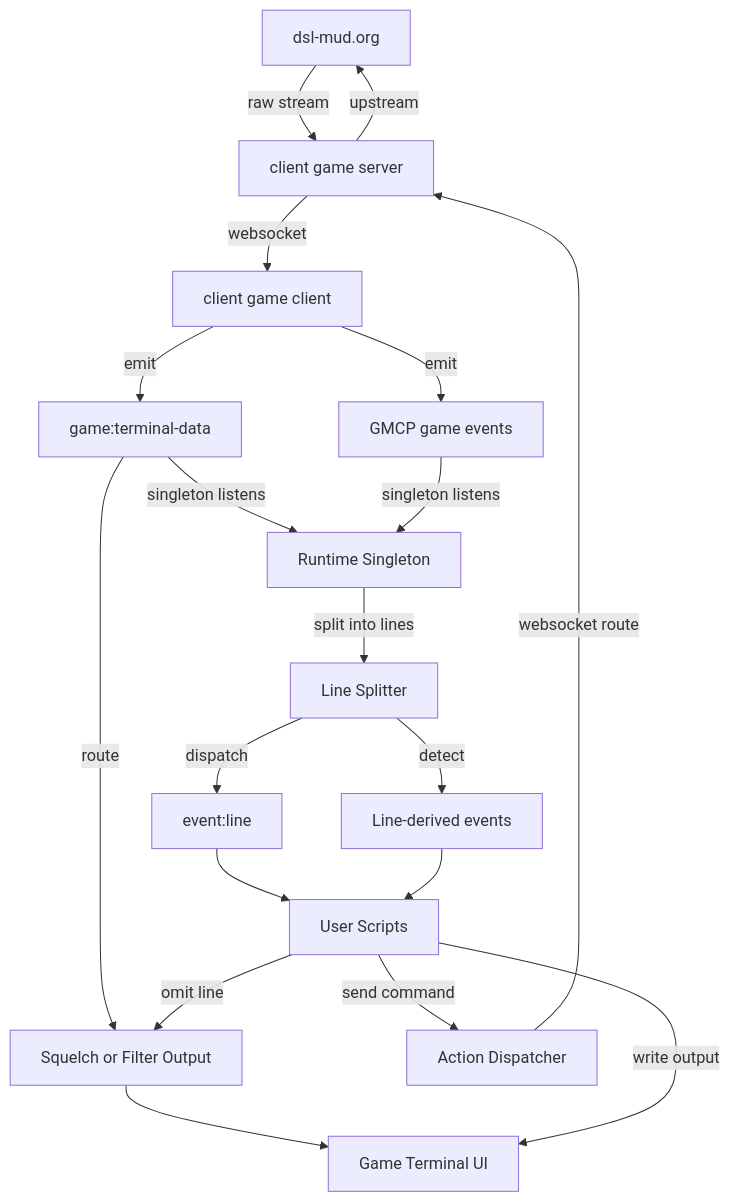
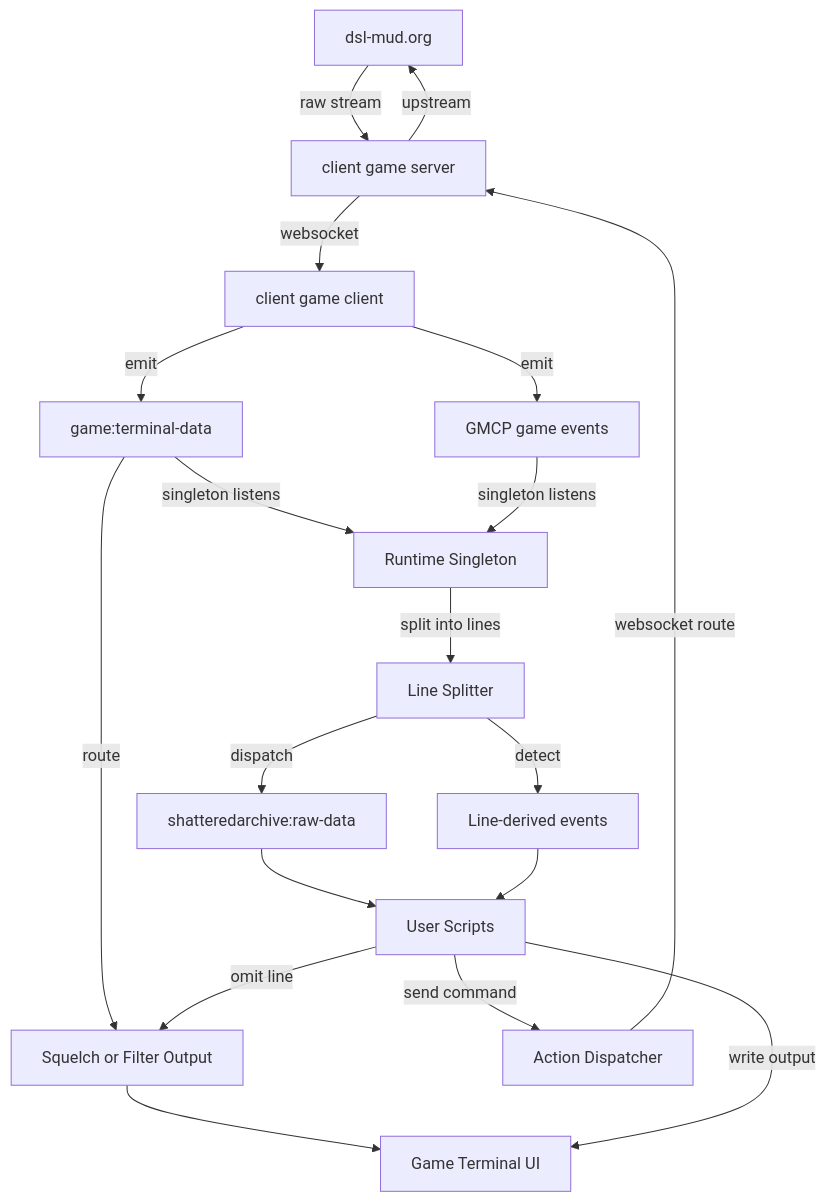
One commit to TournyMasterBot/Shattered-Archive changed the diagram in docs/architecture/Emitted Events.md. Above: the diagram before and after it, drawn with Mermaid. The commit also changed 14 other files, not shown here.

````diff
--- a/docs/architecture/Emitted Events.md
+++ b/docs/architecture/Emitted Events.md
@@ -1,37 +1,37 @@
 ```mermaid
 graph TB
 
   A["dsl-mud.org"] -->|raw stream| B["client game server"]
   B -->|websocket| C["client game client"]
 
   C -->|emit| T["game:terminal-data"]
   C -->|emit| G["GMCP game events"]
 
   T -->|singleton listens| R["Runtime Singleton"]
   G -->|singleton listens| R
 
   R -->|split into lines| L["Line Splitter"]
-  L -->|dispatch| EL["event:line"]
+  L -->|dispatch| EL["shatteredarchive:raw-data"]
   L -->|detect| ED["Line-derived events"]
 
   EL --> S["User Scripts"]
   ED --> S
 
   %% ✅ red link: terminal stream goes into squelch/filter path
   T -->|route| SQ["Squelch or Filter Output"]
 
   %% scripts can still omit
   S -->|omit line| SQ
 
   %% output (only if not squelched)
   SQ --> UI["Game Terminal UI"]
 
   %% scripts may also write output
   S -->|write output| UI
 
   %% outbound commands
   S -->|send command| AD["Action Dispatcher"]
   AD -->|websocket route| B
   B -->|upstream| A
 
 ```
````
